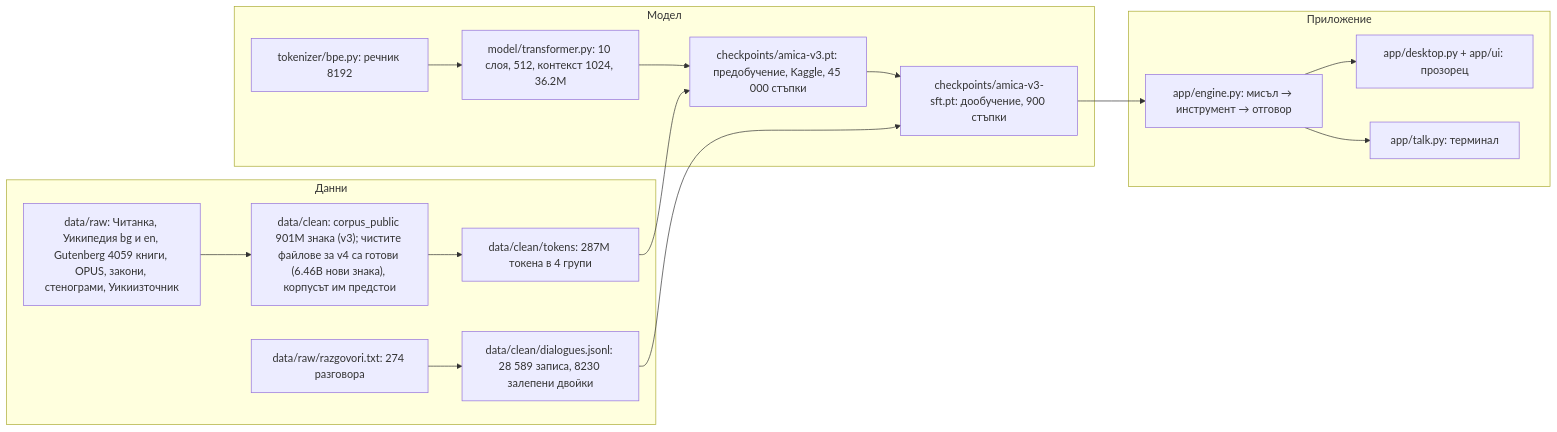
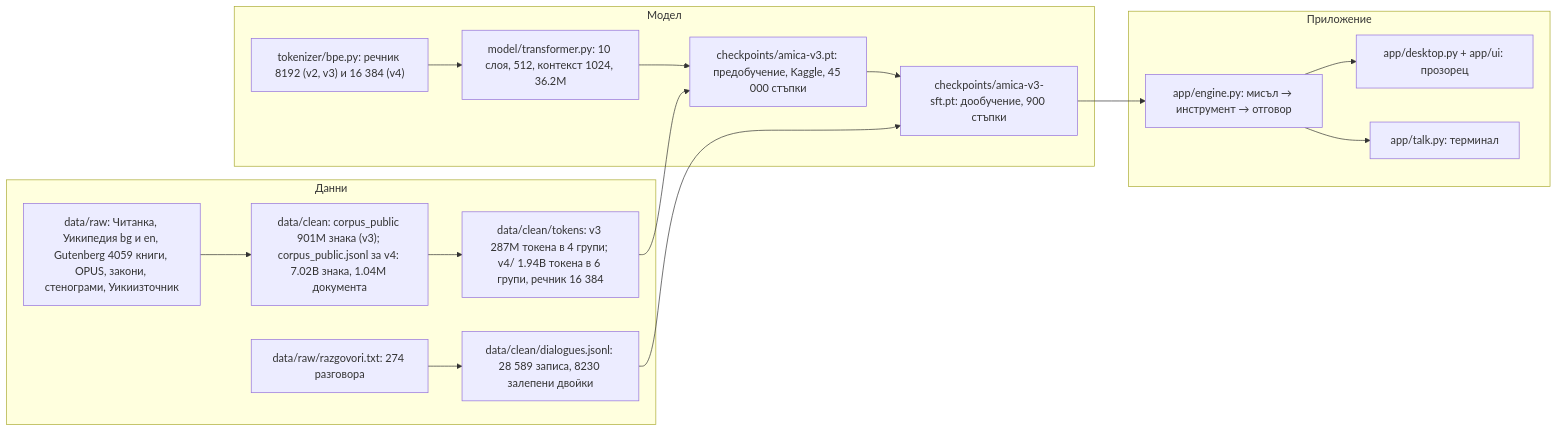
The first of 3 diagrams in docs/STATE.md (PappoIvanov/amica), drawn with Mermaid before and after one commit. The commit also changed other lines of this file and 12 other files, not shown here.

First line of the commit message:
Corpus v4 in tokens with BPE 16k, six token groups, train_v4.py with full resume for Kaggle

````diff
--- a/docs/STATE.md
+++ b/docs/STATE.md
@@ -12,20 +12,20 @@
 ```mermaid
 flowchart LR
   subgraph data["Данни"]
-    raw["data/raw: Читанка, Уикипедия bg и en, Gutenberg 4059 книги, OPUS, закони, стенограми, Уикиизточник"] --> clean["data/clean: corpus_public 901M знака (v3); чистите файлове за v4 са готови (6.46B нови знака), корпусът им предстои"]
-    clean --> tok["data/clean/tokens: 287M токена в 4 групи"]
+    raw["data/raw: Читанка, Уикипедия bg и en, Gutenberg 4059 книги, OPUS, закони, стенограми, Уикиизточник"] --> clean["data/clean: corpus_public 901M знака (v3); corpus_public.jsonl за v4: 7.02B знака, 1.04M документа"]
+    clean --> tok["data/clean/tokens: v3 287M токена в 4 групи; v4/ 1.94B токена в 6 групи, речник 16 384"]
     razg["data/raw/razgovori.txt: 274 разговора"] --> dlg["data/clean/dialogues.jsonl: 28 589 записа, 8230 залепени двойки"]
   end
   subgraph model["Модел"]
-    bpe["tokenizer/bpe.py: речник 8192"] --> tr["model/transformer.py: 10 слоя, 512, контекст 1024, 36.2M"]
+    bpe["tokenizer/bpe.py: речник 8192 (v2, v3) и 16 384 (v4)"] --> tr["model/transformer.py: 10 слоя, 512, контекст 1024, 36.2M"]
     tr --> v3["checkpoints/amica-v3.pt: предобучение, Kaggle, 45 000 стъпки"]
     v3 --> sft["checkpoints/amica-v3-sft.pt: дообучение, 900 стъпки"]
   end
   subgraph app["Приложение"]
     eng["app/engine.py: мисъл → инструмент → отговор"] --> ui["app/desktop.py + app/ui: прозорец"]
     eng --> talk["app/talk.py: терминал"]
   end
   tok --> v3
   dlg --> sft
   sft --> eng
 ```
````
